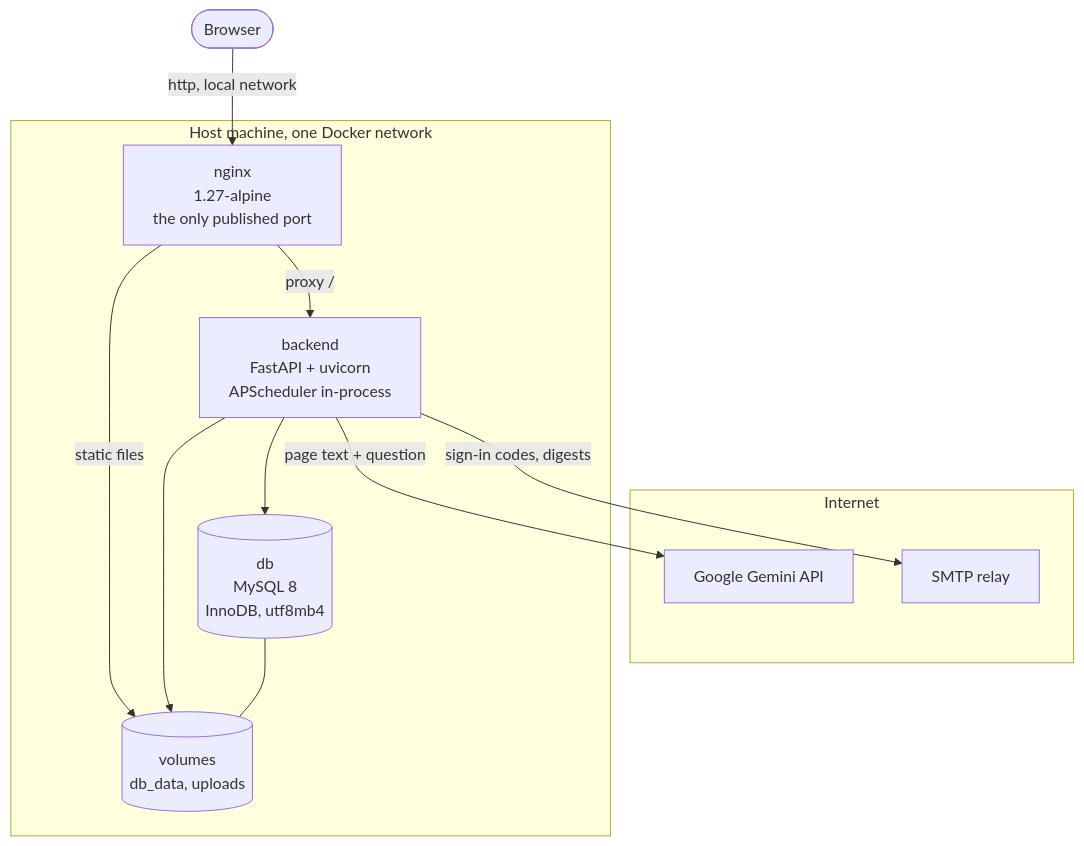
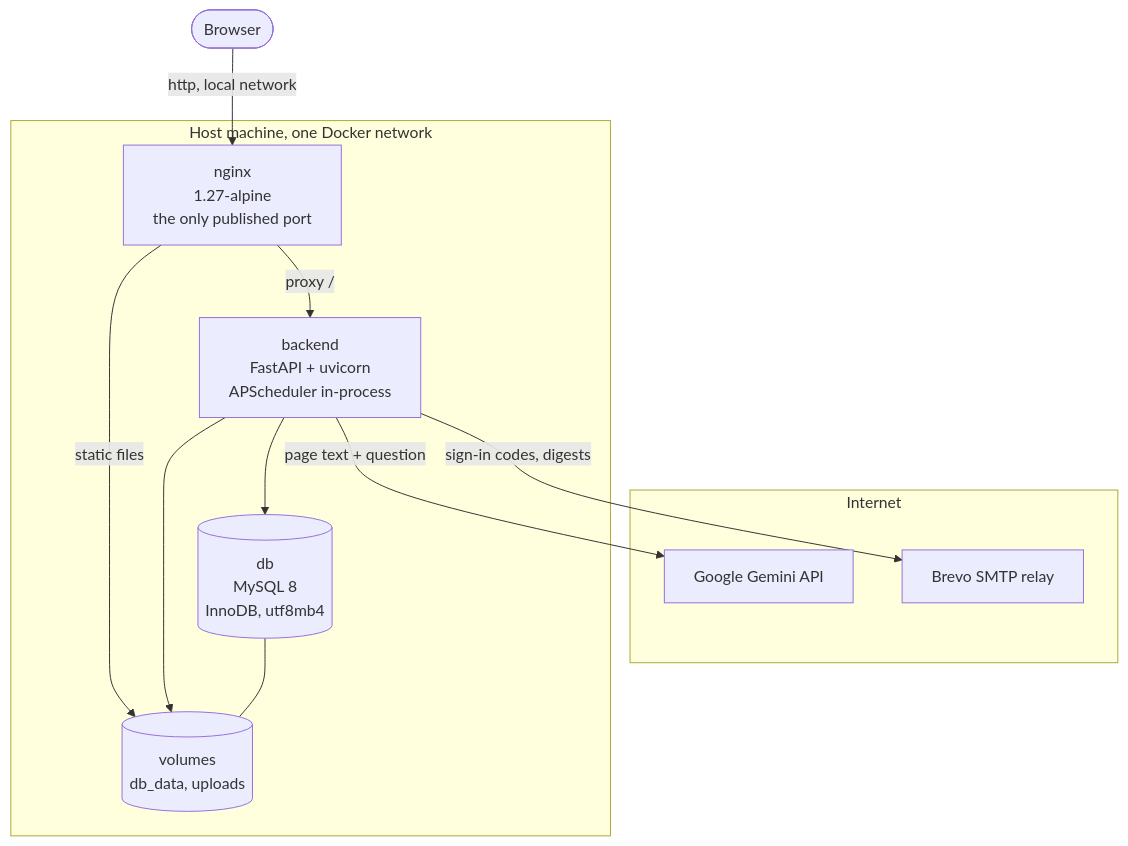
One commit to xTurki/awarness_project changed the third of 10 diagrams in docs/system-analysis-and-design.md. Above: the diagram before and after it, drawn with Mermaid. The commit also changed other lines of this file and 6 other files, not shown here.

````diff
--- a/docs/system-analysis-and-design.md
+++ b/docs/system-analysis-and-design.md
@@ -286,25 +286,25 @@
 ```mermaid
 flowchart TB
     USER(["Browser"])
 
     subgraph Internet
         GEM[Google Gemini API]
-        SMTP["SMTP relay"]
+        SMTP["Brevo SMTP relay"]
     end
 
     subgraph HOST["Host machine, one Docker network"]
         NG["nginx<br/>1.27-alpine<br/>the only published port"]
         BE["backend<br/>FastAPI + uvicorn<br/>APScheduler in-process"]
         DB[("db<br/>MySQL 8<br/>InnoDB, utf8mb4")]
         VOL[("volumes<br/>db_data, uploads")]
     end
 
     USER -->|"http, local network"| NG
     NG -->|"static files"| VOL
     NG -->|"proxy /"| BE
     BE --> DB
     BE --> VOL
     BE -->|"page text + question"| GEM
     BE -->|"sign-in codes, digests"| SMTP
     DB --- VOL
 ```
````
